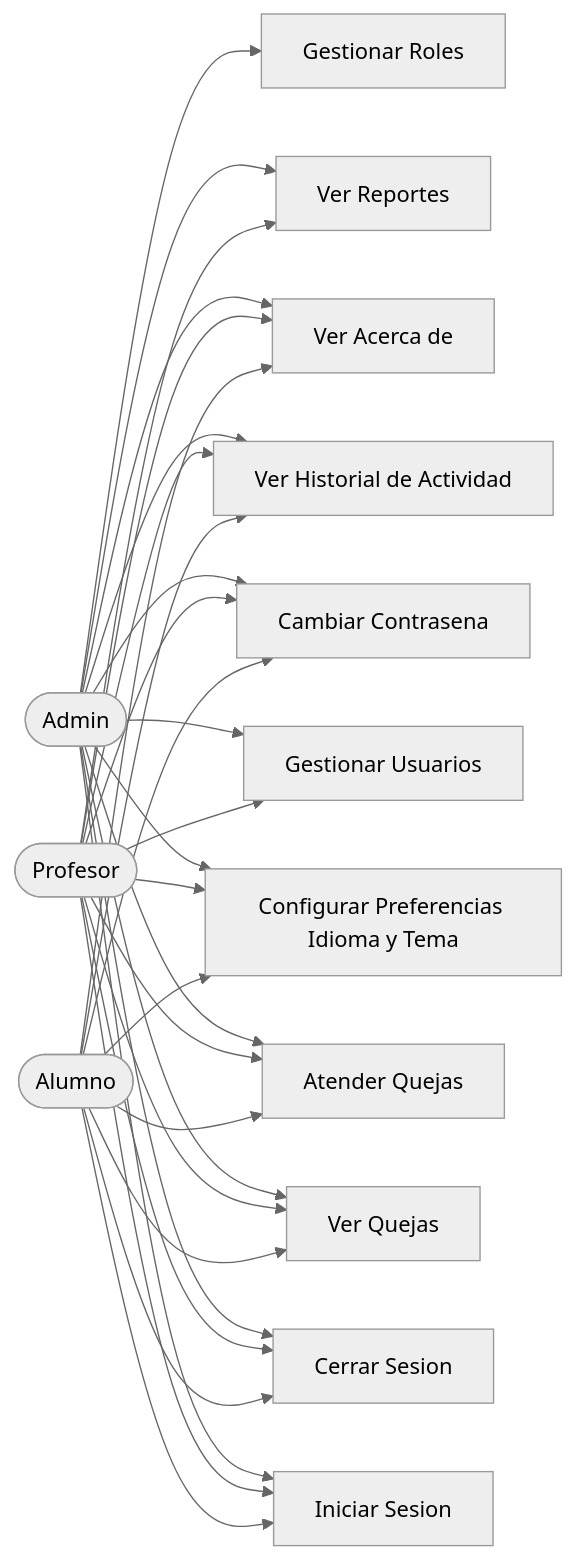
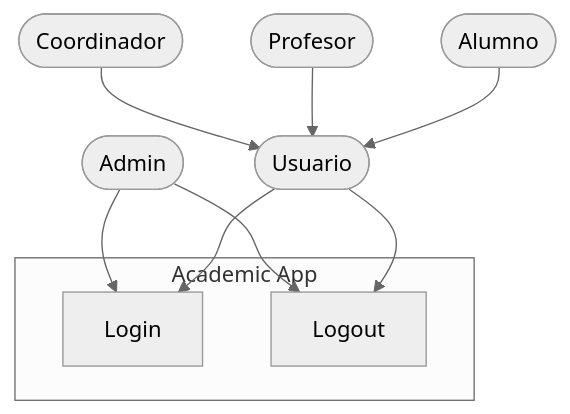
The diagram in docs/mermaid-live/casos-uso.mmd (DarioZubaray/Proyecto-Final), drawn with Mermaid (neutral theme) before and after one commit. The commit also changed 19 other files, not shown here.

Commit message:
update mermaid live diagrams

```diff
--- a/docs/mermaid-live/casos-uso.mmd
+++ b/docs/mermaid-live/casos-uso.mmd
@@ -1,48 +1,23 @@
-graph LR
+graph TB
     Admin([Admin])
+    Coordinador([Coordinador])
     Profesor([Profesor])
     Alumno([Alumno])
+    Usuario([Usuario])
 
-    UC1[Iniciar Sesion]
-    UC2[Cerrar Sesion]
-    UC3[Gestionar Usuarios]
-    UC4[Gestionar Roles]
-    UC5[Ver Quejas]
-    UC6[Atender Quejas]
-    UC7[Ver Reportes]
-    UC8[Configurar Preferencias Idioma y Tema]
-    UC9[Cambiar Contrasena]
-    UC10[Ver Historial de Actividad]
-    UC11[Ver Acerca de]
+    UC1[Login]
+    UC2[Logout]
+
+    subgraph "Academic App"
+        UC1
+        UC2
+    end
+
+    Coordinador --> Usuario
+    Profesor --> Usuario
+    Alumno --> Usuario
 
     Admin --> UC1
     Admin --> UC2
-    Admin --> UC3
-    Admin --> UC4
-    Admin --> UC5
-    Admin --> UC6
-    Admin --> UC7
-    Admin --> UC8
-    Admin --> UC9
-    Admin --> UC10
-    Admin --> UC11
-
-    Profesor --> UC1
-    Profesor --> UC2
-    Profesor --> UC3
-    Profesor --> UC5
-    Profesor --> UC6
-    Profesor --> UC7
-    Profesor --> UC8
-    Profesor --> UC9
-    Profesor --> UC10
-    Profesor --> UC11
-
-    Alumno --> UC1
-    Alumno --> UC2
-    Alumno --> UC5
-    Alumno --> UC6
-    Alumno --> UC8
-    Alumno --> UC9
-    Alumno --> UC10
-    Alumno --> UC11
+    Usuario --> UC1
+    Usuario --> UC2
```
